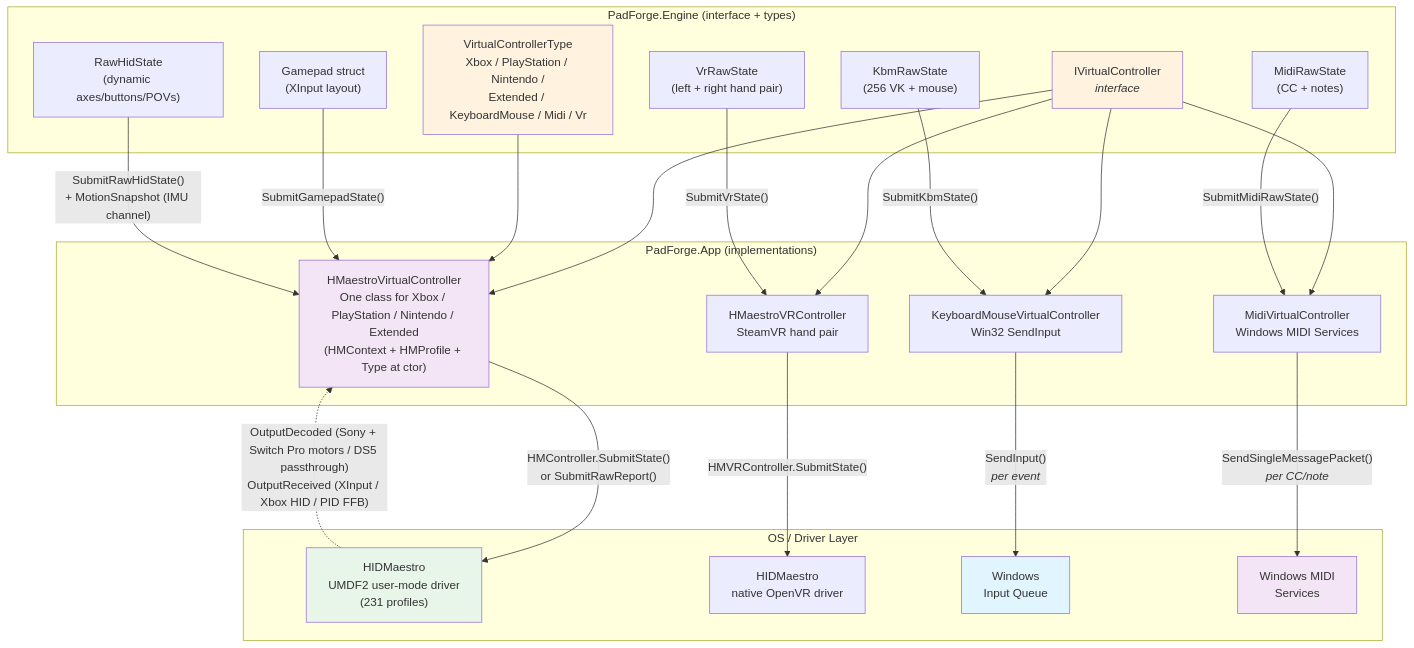
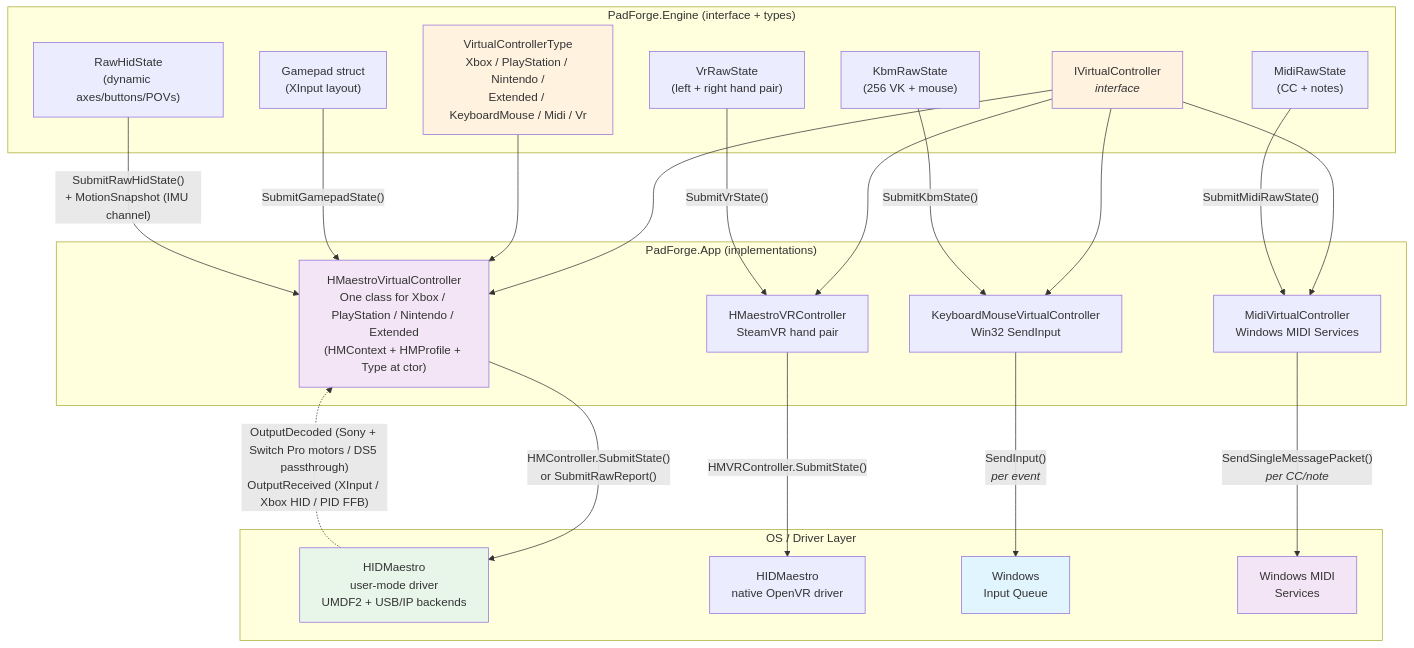
The diagram in wiki/features/virtual-controllers.md (hifihedgehog/padforge.org), drawn with Mermaid before and after one commit. The commit also changed other lines of this file and 144 other files, not shown here.

````diff
--- a/wiki/features/virtual-controllers.md
+++ b/wiki/features/virtual-controllers.md
@@ -20,49 +20,49 @@
 ```mermaid
 graph TB
     subgraph Engine["PadForge.Engine (interface + types)"]
         IVC["IVirtualController<br/><i>interface</i>"]
         VCT["VirtualControllerType<br/>Xbox / PlayStation / Nintendo /<br/>Extended / KeyboardMouse / Midi / Vr"]
         GP["Gamepad struct<br/>(XInput layout)"]
         ERS["RawHidState<br/>(dynamic axes/buttons/POVs)"]
         KRS["KbmRawState<br/>(256 VK + mouse)"]
         MRS["MidiRawState<br/>(CC + notes)"]
         VRS["VrRawState<br/>(left + right hand pair)"]
     end
 
     subgraph App["PadForge.App (implementations)"]
         HMVC["HMaestroVirtualController<br/>One class for Xbox / PlayStation / Nintendo / Extended<br/>(HMContext + HMProfile + Type at ctor)"]
         VRVC["HMaestroVRController<br/>SteamVR hand pair"]
         KBM["KeyboardMouseVirtualController<br/>Win32 SendInput"]
         MIDI["MidiVirtualController<br/>Windows MIDI Services"]
     end
 
     subgraph Drivers["OS / Driver Layer"]
-        HM["HIDMaestro<br/>UMDF2 user-mode driver<br/>(231 profiles)"]
+        HM["HIDMaestro<br/>user-mode driver<br/>UMDF2 + USB/IP backends"]
         HMVRD["HIDMaestro<br/>native OpenVR driver"]
         WIN["Windows<br/>Input Queue"]
         WMS["Windows MIDI<br/>Services"]
     end
 
     IVC --> HMVC & VRVC & KBM & MIDI
     VCT --> HMVC
 
     GP -->|"SubmitGamepadState()"| HMVC
     ERS -->|"SubmitRawHidState()<br/>+ MotionSnapshot (IMU channel)"| HMVC
     KRS -->|"SubmitKbmState()"| KBM
     MRS -->|"SubmitMidiRawState()"| MIDI
     VRS -->|"SubmitVrState()"| VRVC
 
     HMVC -->|"HMController.SubmitState()<br/>or SubmitRawReport()"| HM
     VRVC -->|"HMVRController.SubmitState()"| HMVRD
     KBM -->|"SendInput()<br/><i>per event</i>"| WIN
     MIDI -->|"SendSingleMessagePacket()<br/><i>per CC/note</i>"| WMS
 
     HM -.->|"OutputDecoded (Sony + Switch Pro motors / DS5 passthrough)<br/>OutputReceived (XInput / Xbox HID / PID FFB)"| HMVC
 
     style IVC fill:#fff3e0
     style VCT fill:#fff3e0
     style HMVC fill:#f3e5f5
     style HM fill:#e8f5e9
     style WIN fill:#e1f5fe
     style WMS fill:#f3e5f5
 ```
````
